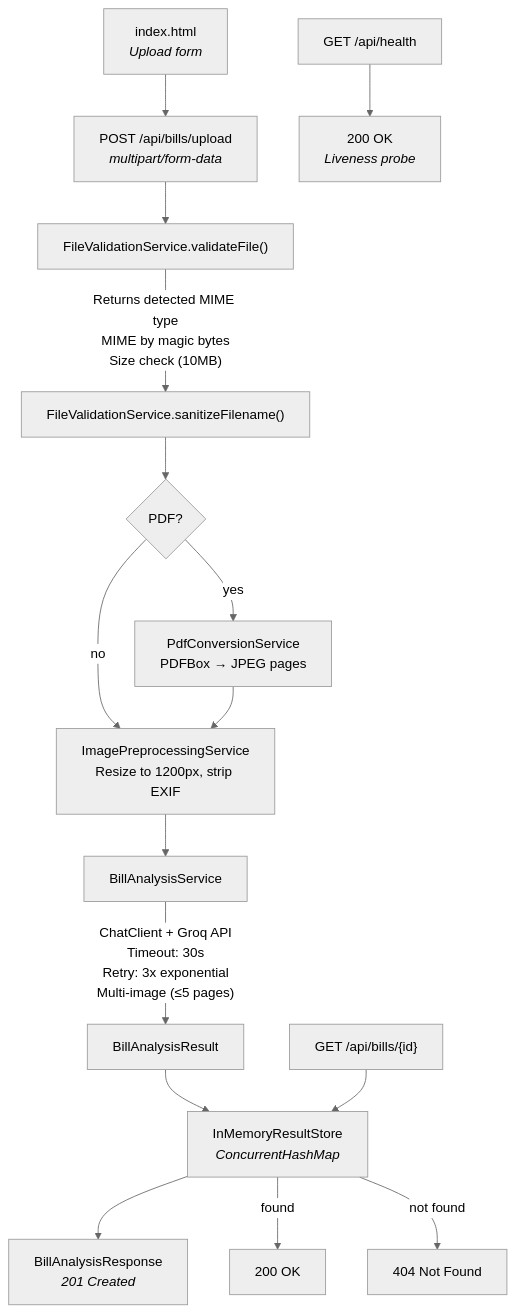
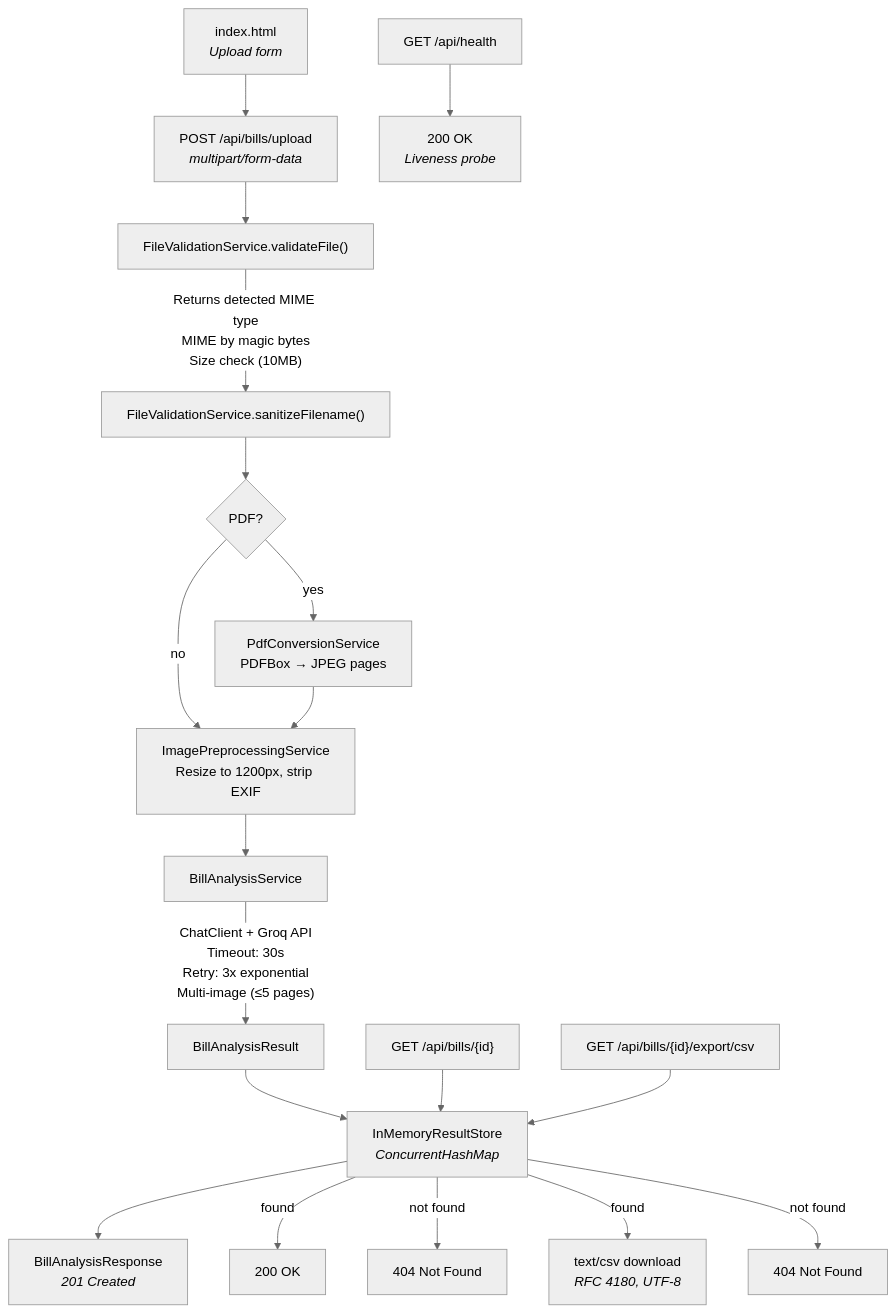
Before and after one commit to kojder/bill-manager-actions: the diagram in wiki/pages/11-Application-Architecture.md, drawn with Mermaid (neutral theme). The commit also changed other lines of this file and 6 other files, not shown here.

````diff
--- a/wiki/pages/11-Application-Architecture.md
+++ b/wiki/pages/11-Application-Architecture.md
@@ -88,20 +94,24 @@
 ```mermaid
 graph TD
     UI["index.html<br/><i>Upload form</i>"] --> UPLOAD
     UPLOAD["POST /api/bills/upload<br/><i>multipart/form-data</i>"] --> VALIDATE["FileValidationService.validateFile()"]
     VALIDATE -->|"Returns detected MIME type<br/>MIME by magic bytes<br/>Size check (10MB)"| SANITIZE["FileValidationService.sanitizeFilename()"]
     SANITIZE --> BRANCH{"PDF?"}
     BRANCH -->|"yes"| PDF_CONVERT["PdfConversionService<br/>PDFBox → JPEG pages"]
     BRANCH -->|"no"| PREPROCESS
     PDF_CONVERT --> PREPROCESS["ImagePreprocessingService<br/>Resize to 1200px, strip EXIF"]
     PREPROCESS --> ANALYZE["BillAnalysisService"]
     ANALYZE -->|"ChatClient + Groq API<br/>Timeout: 30s<br/>Retry: 3x exponential<br/>Multi-image (≤5 pages)"| RESULT["BillAnalysisResult"]
     RESULT --> STORE["InMemoryResultStore<br/><i>ConcurrentHashMap</i>"]
     STORE --> RESPONSE["BillAnalysisResponse<br/><i>201 Created</i>"]
 
     RETRIEVE["GET /api/bills/{id}"] --> STORE
     STORE -->|"found"| OK["200 OK"]
     STORE -->|"not found"| NOT_FOUND["404 Not Found"]
 
+    EXPORT["GET /api/bills/{id}/export/csv"] --> STORE
+    STORE -->|"found"| CSV["text/csv download<br/><i>RFC 4180, UTF-8</i>"]
+    STORE -->|"not found"| EXPORT_404["404 Not Found"]
+
     HEALTH["GET /api/health"] --> HEALTH_OK["200 OK<br/><i>Liveness probe</i>"]
 ```
````
